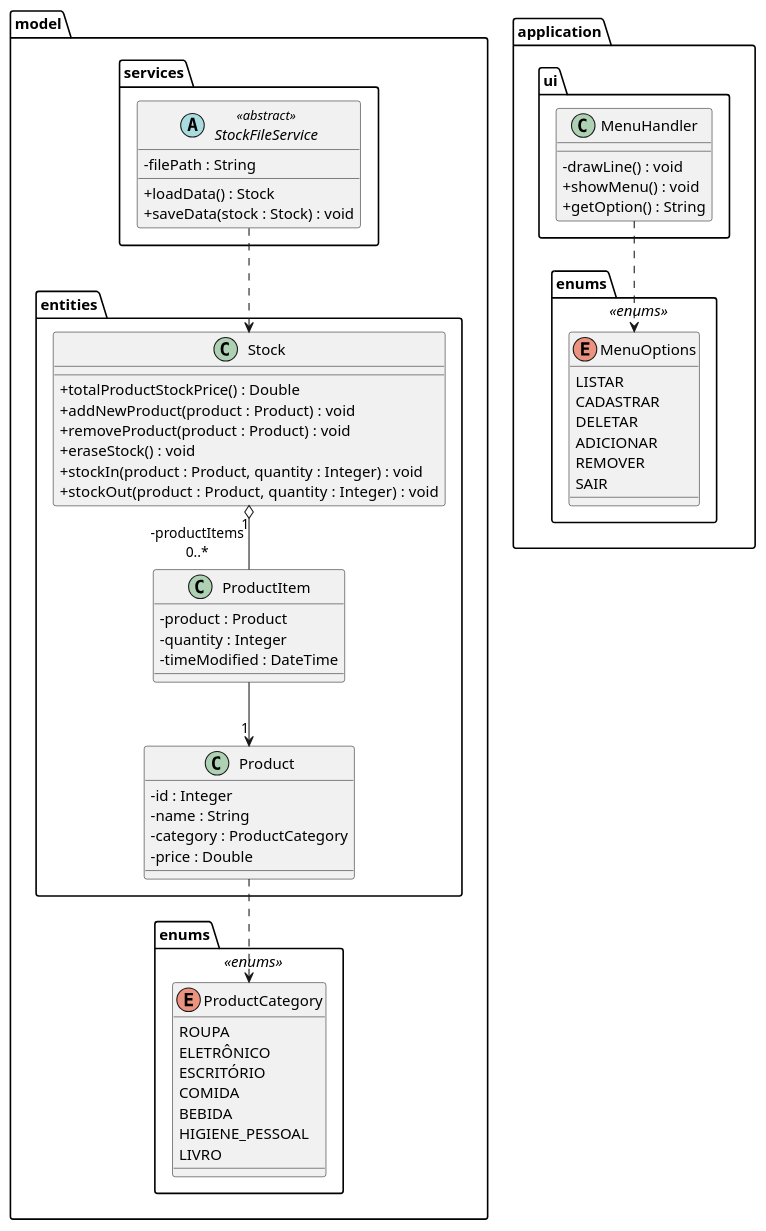
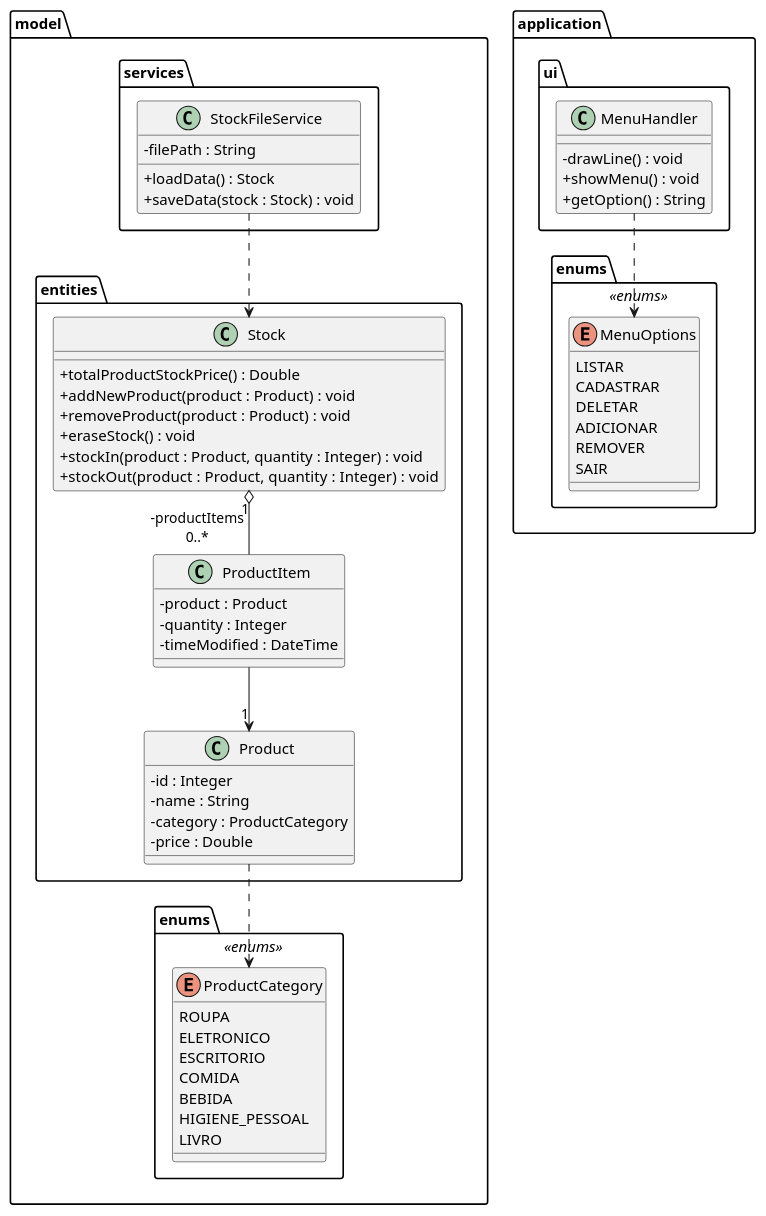
Before and after one commit to victormmcouto/java-crud-console: the diagram in java-crud-console-umlclass.puml, drawn with PlantUML.

Commit message:
Modificado enum ProductCategory, retirado a acentuaçaõ dos items

```diff
--- a/java-crud-console-umlclass.puml
+++ b/java-crud-console-umlclass.puml
@@ -1,69 +1,69 @@
 @startuml
 skinparam classAttributeIconSize 0
 package model.entities {
   class Product {
     - id : Integer
     - name : String
     - category : ProductCategory
     - price : Double
   }
   class Stock {
     + totalProductStockPrice() : Double
     + addNewProduct(product : Product) : void
     + removeProduct(product : Product) : void
     + eraseStock() : void
     + stockIn(product : Product, quantity : Integer) : void
     + stockOut(product : Product, quantity : Integer) :  void
   }
   class ProductItem {
     - product : Product
     - quantity : Integer
     - timeModified : DateTime
   }
 }
 package model.services {
-  abstract class StockFileService <<abstract>> {
+  class StockFileService {
     - filePath : String
     + loadData() : Stock
     + saveData(stock : Stock) : void
   }
 }
 
 package model.enums <<enums>> {
   enum ProductCategory {
     ROUPA
-    ELETRÔNICO
-    ESCRITÓRIO
+    ELETRONICO
+    ESCRITORIO
     COMIDA
     BEBIDA
     HIGIENE_PESSOAL
     LIVRO
   }
 }
 
 package application.ui {
     class MenuHandler {
     - drawLine() : void
     + showMenu() : void
     + getOption() : String
   }
 }
 
 package application.enums <<enums>> {
   enum MenuOptions {
     LISTAR
     CADASTRAR
     DELETAR
     ADICIONAR
     REMOVER
     SAIR
   }
 }
 
 ProductItem --> "1" Product
 Stock "1" o-- "-productItems\n0..*" ProductItem
 StockFileService ..> Stock
 MenuHandler ..> MenuOptions
 
 Product ..> ProductCategory
 @enduml
```
